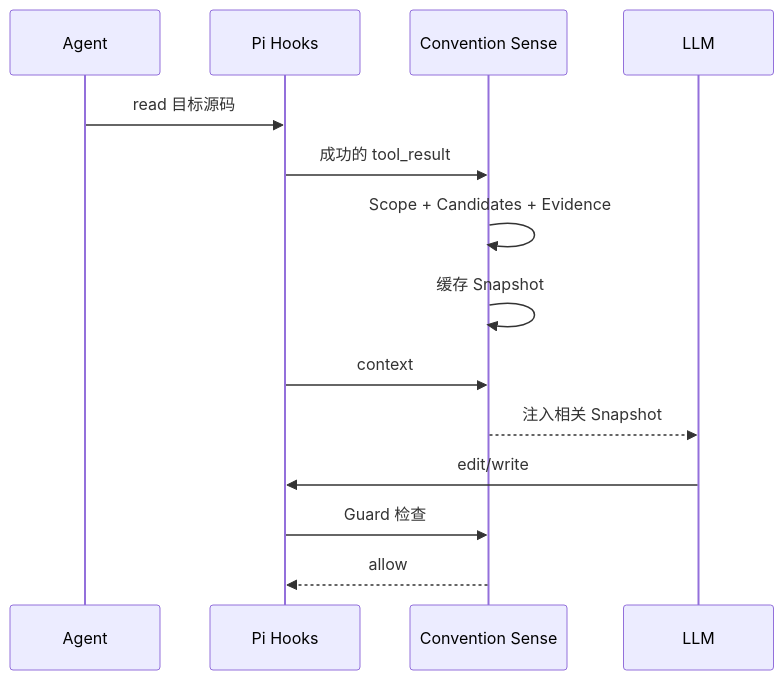
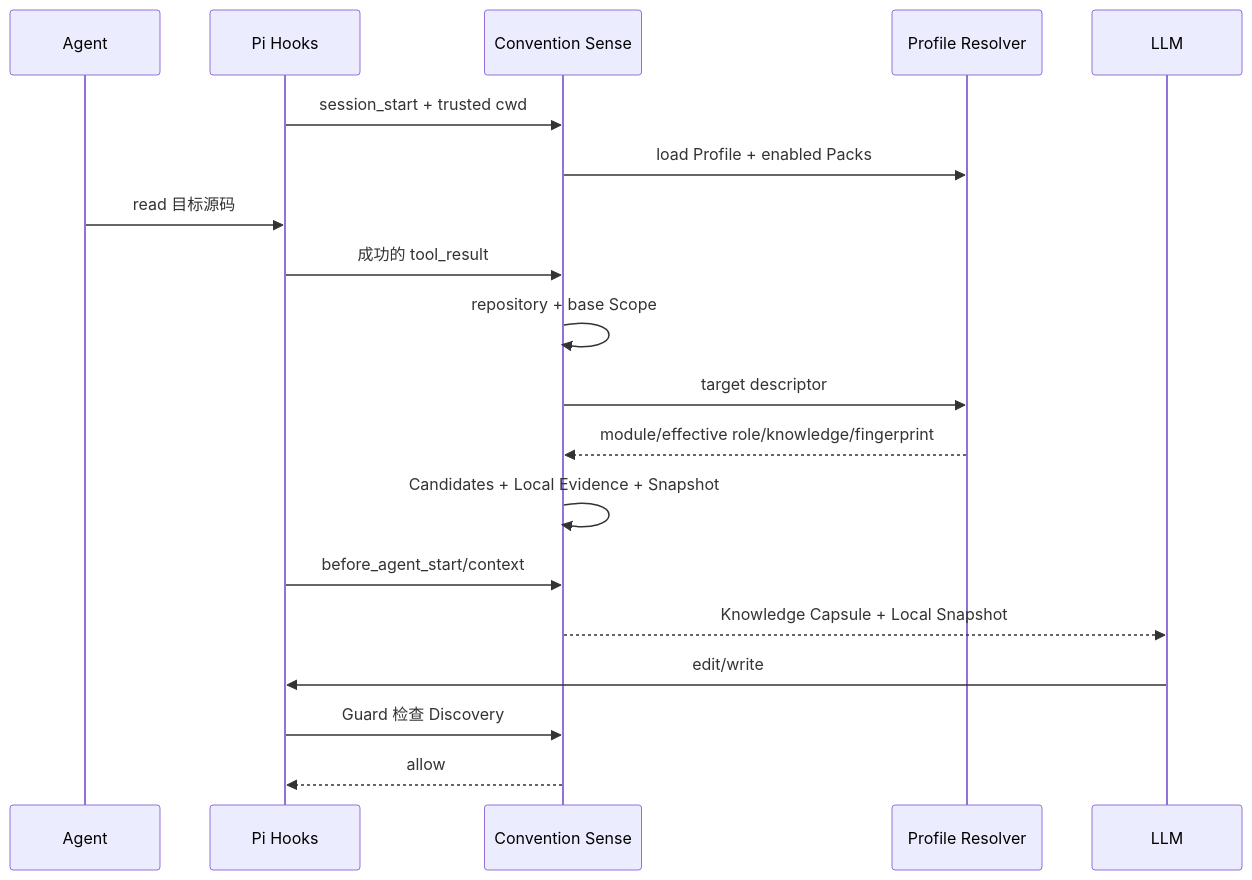
The second of 2 diagrams in docs/design.md (Ingress007/pi-convention-sense), drawn with Mermaid before and after one commit. The commit also changed other lines of this file and 15 other files, not shown here.

````diff
--- a/docs/design.md
+++ b/docs/design.md
@@ -92,16 +109,21 @@
 ```mermaid
 sequenceDiagram
     participant A as Agent
     participant P as Pi Hooks
     participant C as Convention Sense
+    participant R as Profile Resolver
     participant L as LLM
+    P->>C: session_start + trusted cwd
+    C->>R: load Profile + enabled Packs
     A->>P: read 目标源码
     P->>C: 成功的 tool_result
-    C->>C: Scope + Candidates + Evidence
-    C->>C: 缓存 Snapshot
-    P->>C: context
-    C-->>L: 注入相关 Snapshot
+    C->>C: repository + base Scope
+    C->>R: target descriptor
+    R-->>C: module/effective role/knowledge/fingerprint
+    C->>C: Candidates + Local Evidence + Snapshot
+    P->>C: before_agent_start/context
+    C-->>L: Knowledge Capsule + Local Snapshot
     L->>P: edit/write
-    P->>C: Guard 检查
+    P->>C: Guard 检查 Discovery
     C-->>P: allow
 ```
````
